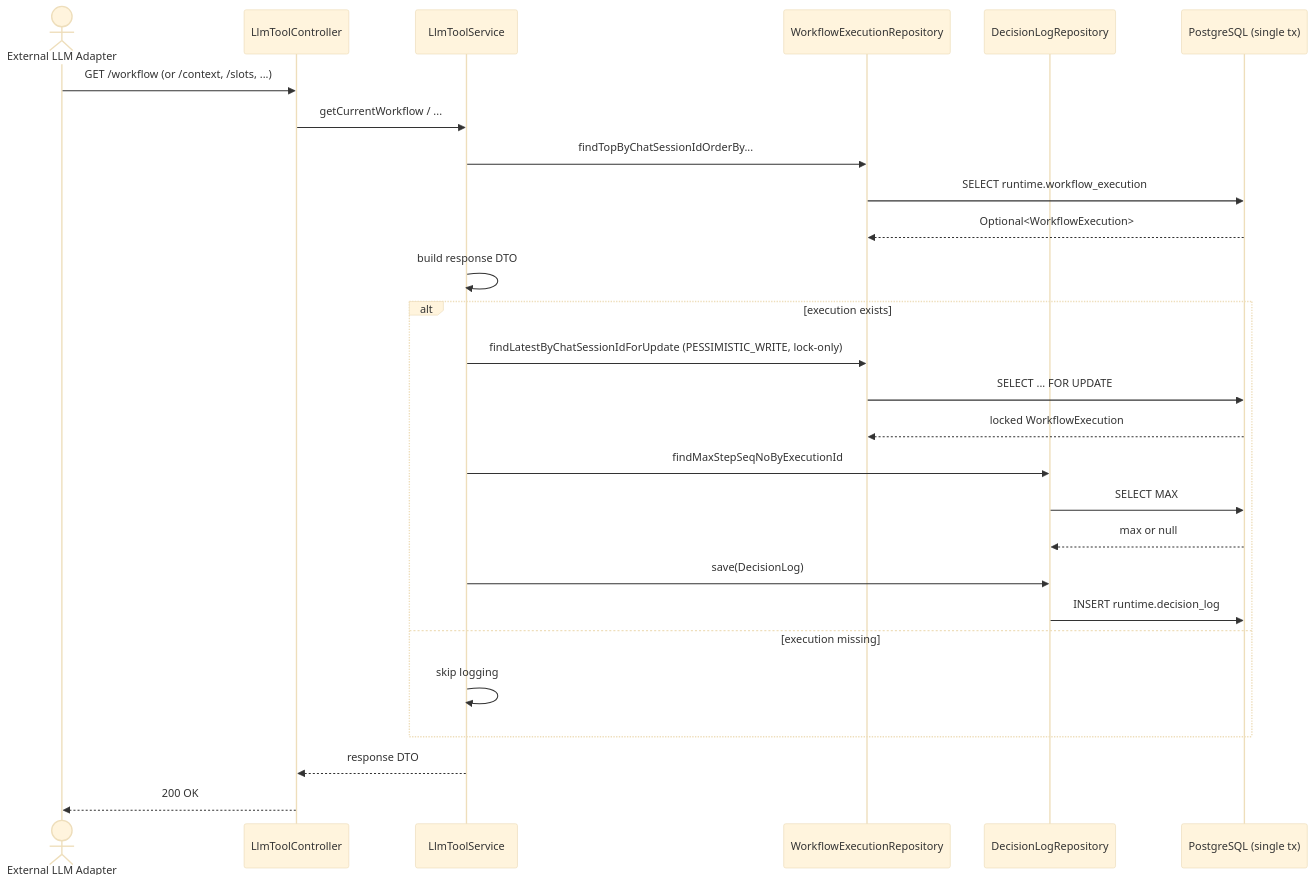
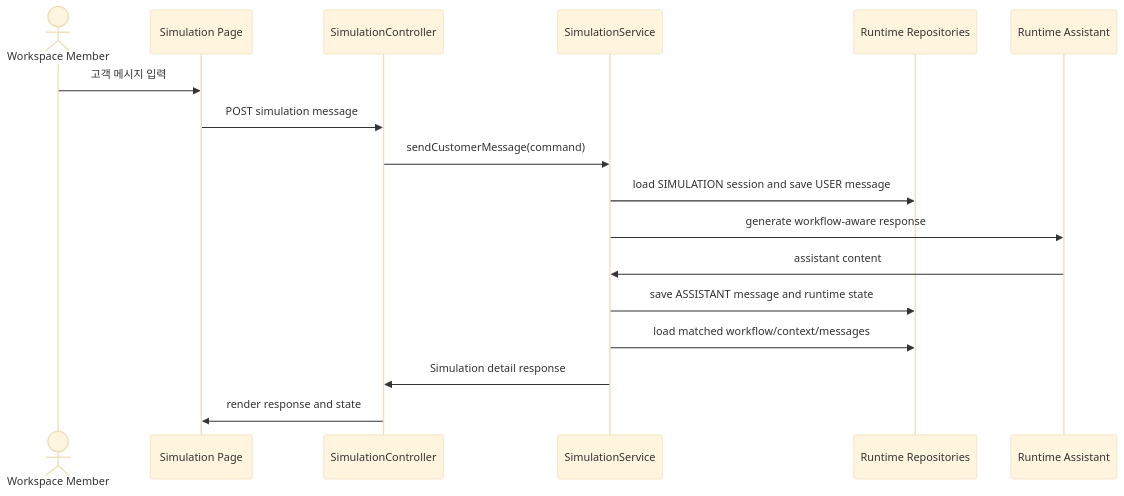
One commit to ajou-2026-1-capstone-5/ostone changed the diagram in .agent/specs/525.md. Above: the diagram before and after it, drawn with Mermaid (base theme). The commit also changed other lines of this file and 29 other files, not shown here.

````diff
--- a/.agent/specs/525.md
+++ b/.agent/specs/525.md
@@ -102,30 +95,20 @@
 ```mermaid
 sequenceDiagram
-    actor llm as External LLM Adapter
-    participant ctrl as LlmToolController
-    participant svc as LlmToolService
-    participant execRepo as WorkflowExecutionRepository
-    participant dlogRepo as DecisionLogRepository
-    participant db as PostgreSQL (single tx)
+    actor u as Workspace Member
+    participant fe as Simulation Page
+    participant ctrl as SimulationController
+    participant svc as SimulationService
+    participant repo as Runtime Repositories
+    participant llm as Runtime Assistant
 
-    llm ->> ctrl: GET /workflow (or /context, /slots, ...)
-    ctrl ->> svc: getCurrentWorkflow / ...
-    svc ->> execRepo: findTopByChatSessionIdOrderBy...
-    execRepo ->> db: SELECT runtime.workflow_execution
-    db -->> execRepo: Optional<WorkflowExecution>
-    svc ->> svc: build response DTO
-    alt execution exists
-        svc ->> execRepo: findLatestByChatSessionIdForUpdate (PESSIMISTIC_WRITE, lock-only)
-        execRepo ->> db: SELECT ... FOR UPDATE
-        db -->> execRepo: locked WorkflowExecution
-        svc ->> dlogRepo: findMaxStepSeqNoByExecutionId
-        dlogRepo ->> db: SELECT MAX
-        db -->> dlogRepo: max or null
-        svc ->> dlogRepo: save(DecisionLog)
-        dlogRepo ->> db: INSERT runtime.decision_log
-    else execution missing
-        svc ->> svc: skip logging
-    end
-    svc -->> ctrl: response DTO
-    ctrl -->> llm: 200 OK
+    u ->> fe: 고객 메시지 입력
+    fe ->> ctrl: POST simulation message
+    ctrl ->> svc: sendCustomerMessage(command)
+    svc ->> repo: load SIMULATION session and save USER message
+    svc ->> llm: generate workflow-aware response
+    llm ->> svc: assistant content
+    svc ->> repo: save ASSISTANT message and runtime state
+    svc ->> repo: load matched workflow/context/messages
+    svc ->> ctrl: Simulation detail response
+    ctrl ->> fe: render response and state
 ```
````
